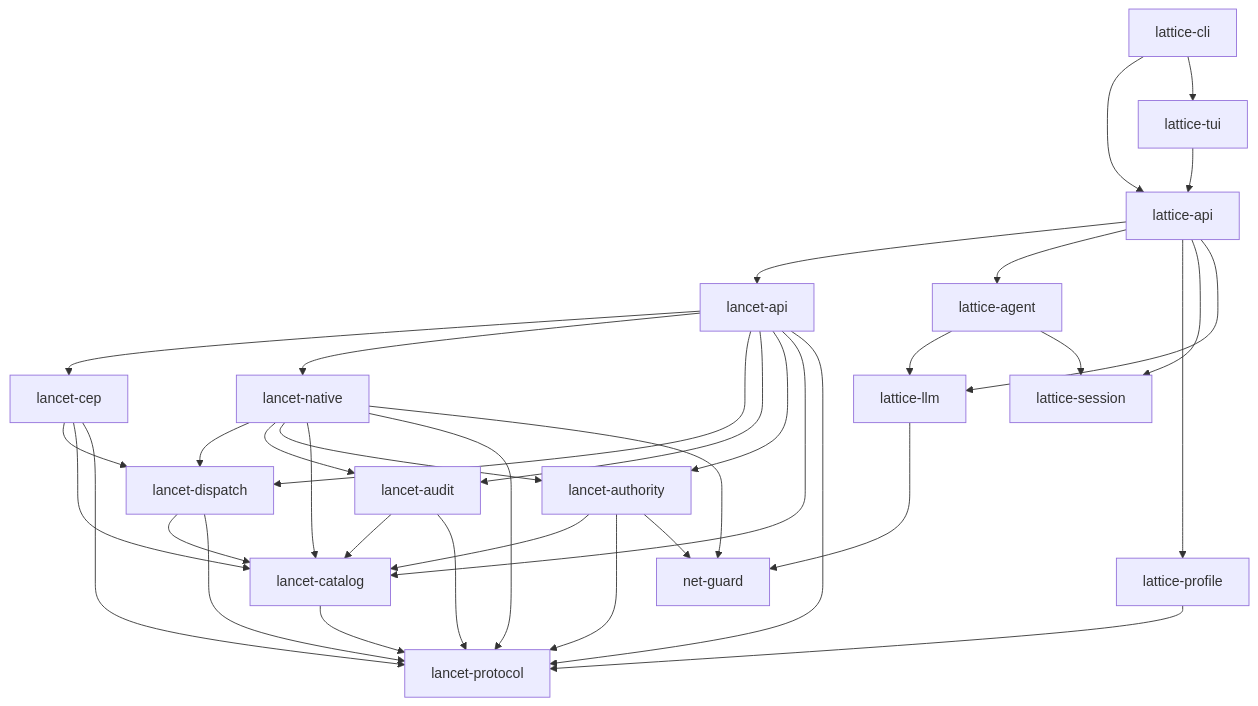
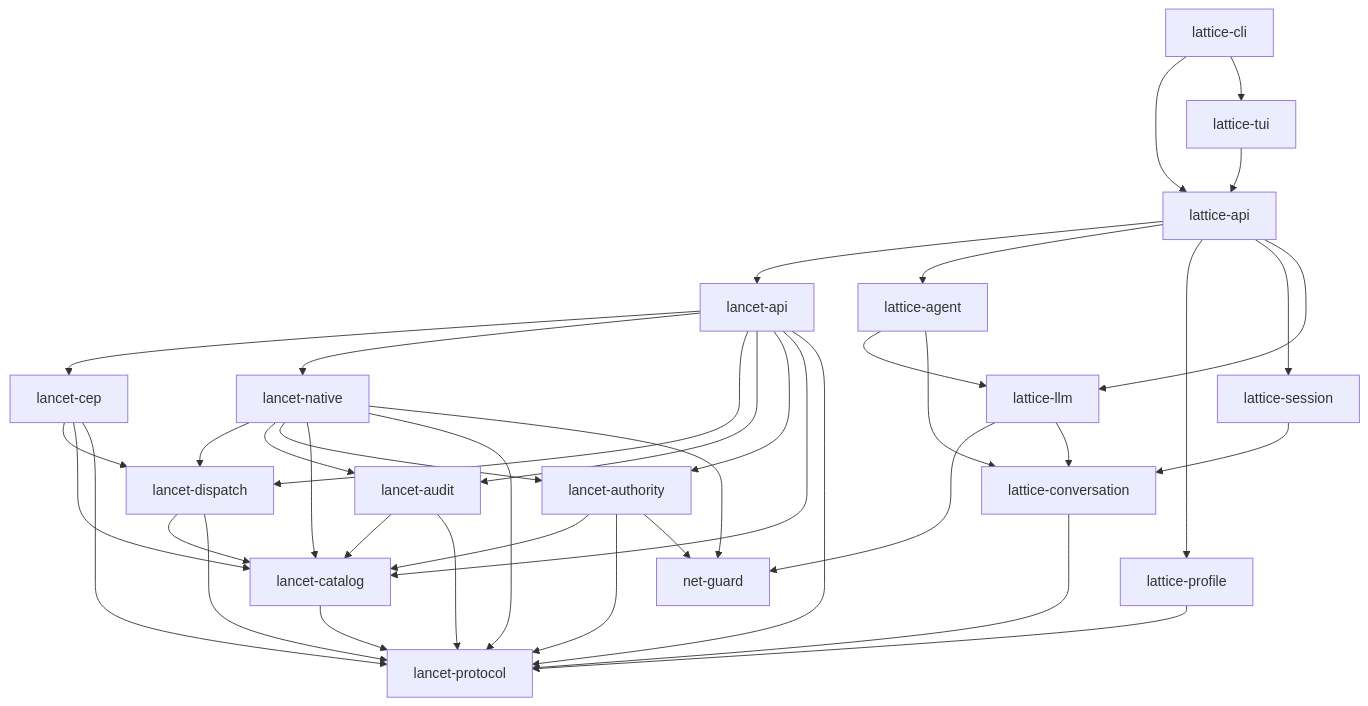
The second of 2 diagrams in docs/ARCHITECTURE.md (Skyline10124/lattice), drawn with Mermaid before and after one commit. The commit also changed other lines of this file and 50 other files, not shown here.

First line of the commit message:
feat(issue-142): strict InvocationId/TurnId + data-only lattice-conversation

````diff
--- a/docs/ARCHITECTURE.md
+++ b/docs/ARCHITECTURE.md
@@ -132,6 +132,7 @@
     %% Layer 0 — leaves
     PROTOCOL["lancet-protocol"]
     NETGUARD["net-guard"]
+    CONVERSATION["lattice-conversation"]
     LLM["lattice-llm"]
     SESSION["lattice-session"]
     %% Layer 5 -> 4
@@ -180,6 +181,9 @@
     CATALOG --> PROTOCOL
     PROFILE --> PROTOCOL
     AGENT --> LLM
-    AGENT --> SESSION
+    AGENT --> CONVERSATION
     LLM --> NETGUARD
+    LLM --> CONVERSATION
+    SESSION --> CONVERSATION
+    CONVERSATION --> PROTOCOL
 ```
````
